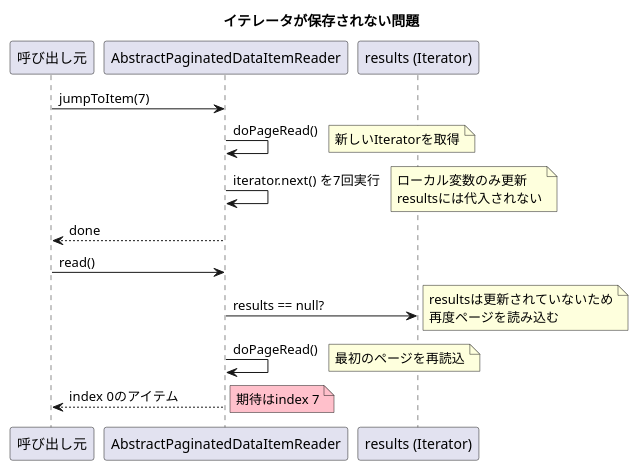
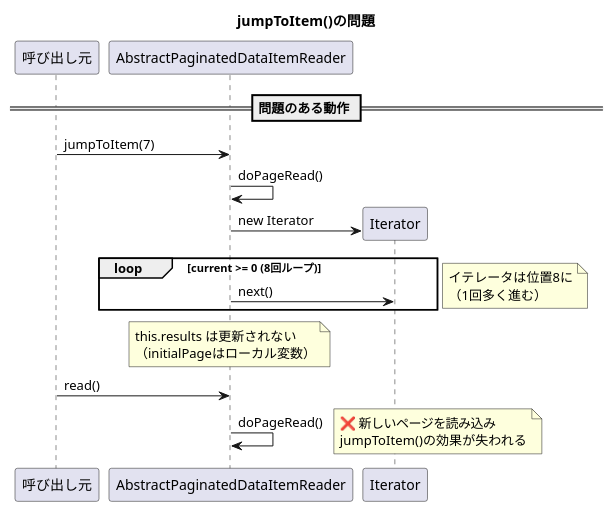
One commit to mochimoching/github_issue_translate changed the diagram in output/spring-batch/6.0.2/all/current/markdown/issues_summary/issue_5136.md. Above: the diagram before and after it, drawn with PlantUML. The commit also changed other lines of this file and 76 other files, not shown here.

````diff
--- a/output/spring-batch/6.0.2/all/current/markdown/issues_summary/issue_5136.md
+++ b/output/spring-batch/6.0.2/all/current/markdown/issues_summary/issue_5136.md
@@ -55,25 +56,26 @@
 ```plantuml
 @startuml
-title イテレータが保存されない問題
+title jumpToItem()の問題
 
 participant "呼び出し元" as Caller
 participant "AbstractPaginatedDataItemReader" as Reader
-participant "results (Iterator)" as Results
+participant "Iterator" as Iter
+
+== 問題のある動作 ==
 
 Caller -> Reader: jumpToItem(7)
 Reader -> Reader: doPageRead()
-note right: 新しいIteratorを取得
-Reader -> Reader: iterator.next() を7回実行
-note right: ローカル変数のみ更新\nresultsには代入されない
-Reader --> Caller: done
+create Iter
+Reader -> Iter: new Iterator
+loop current >= 0 (8回ループ)
+    Reader -> Iter: next()
+end
+note right: イテレータは位置8に\n（1回多く進む）
+note over Reader: this.results は更新されない\n（initialPageはローカル変数）
 
 Caller -> Reader: read()
-Reader -> Results: results == null?
-note right: resultsは更新されていないため\n再度ページを読み込む
 Reader -> Reader: doPageRead()
-note right: 最初のページを再読込
-Reader --> Caller: index 0のアイテム
-note right #pink: 期待はindex 7
+note right: ❌ 新しいページを読み込み\njumpToItem()の効果が失われる
 
 @enduml
 ```
````
